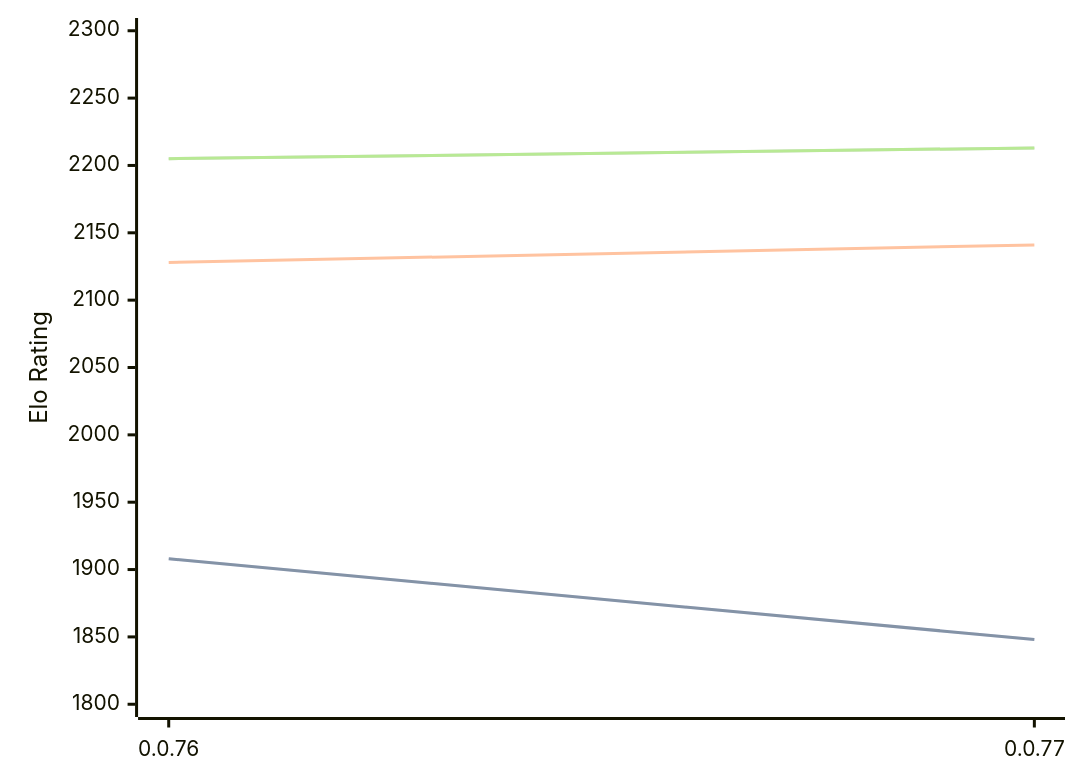
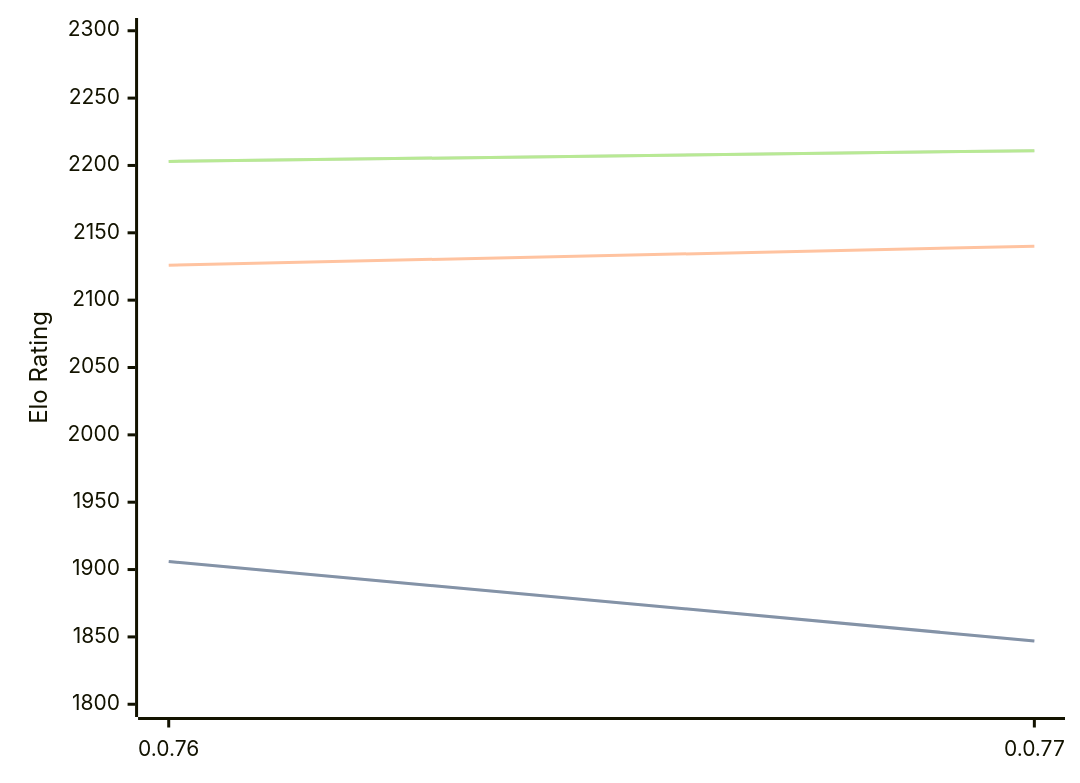
The first of 3 diagrams in engines/Fktb.md (computer-chess-index/cci), drawn with Mermaid before and after one commit. The commit also changed other lines of this file, not shown here.

Commit message:
Update CCI Ratings (ELO VLTC) - 2026-06-26

````diff
--- a/engines/Fktb.md
+++ b/engines/Fktb.md
@@ -32,11 +32,11 @@
 ```mermaid
 %%{init: {"theme":"base","themeVariables":{"seriesColors:['#a3a3a3','#222221','#faa371']}}}%%
 xychart-beta
   x-axis ["0.0.76", "0.0.77"]
   y-axis "Elo Rating" 1800 --> 2300
-  line "STC (8.0+0.08s)" [1908, 1848]
-  line "STC (8.0+0.08s)" [1908, 1848]
-  line "LTC (60.0+0.60s)" [2128, 2141]
-  line "VLTC (2m24s+1.12s)" [2205, 2213]
-  line "VLTC (2m24s+1.12s)" [2205, 2213]
+  line "STC (8.0+0.08s)" [1906, 1847]
+  line "STC (8.0+0.08s)" [1906, 1847]
+  line "LTC (60.0+0.60s)" [2126, 2140]
+  line "VLTC (2m24s+1.12s)" [2203, 2211]
+  line "VLTC (2m24s+1.12s)" [2203, 2211]
 ```
````
